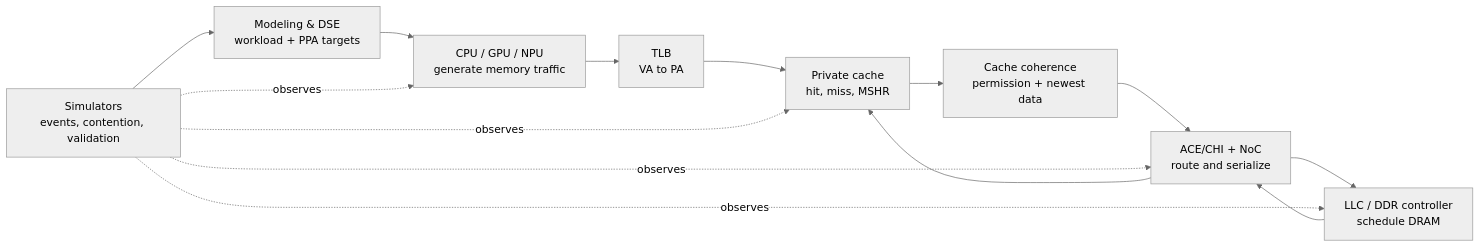
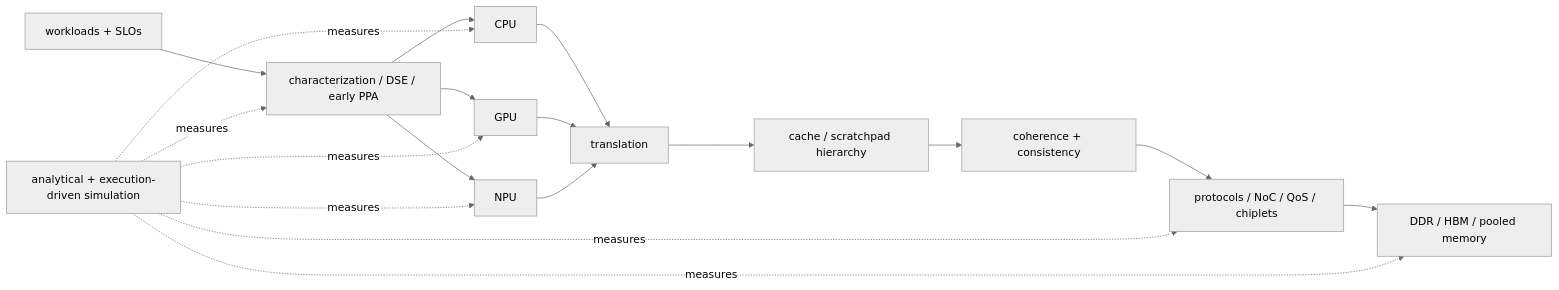
Before and after one commit to Wty2003328/silicon-design-notebook: the diagram in 01_Architecture_and_PPA/00_Index.md, drawn with Mermaid (neutral theme). The commit also changed other lines of this file and 123 other files, not shown here.

Commit message:
Reorganize and deepen the architecture book

````diff
--- a/01_Architecture_and_PPA/00_Index.md
+++ b/01_Architecture_and_PPA/00_Index.md
@@ -13,16 +7,20 @@
 ```mermaid
 flowchart LR
-    M["Modeling & DSE<br/>workload + PPA targets"] --> C["CPU / GPU / NPU<br/>generate memory traffic"]
-    C --> T["TLB<br/>VA to PA"]
-    T --> L["Private cache<br/>hit, miss, MSHR"]
-    L --> H["Cache coherence<br/>permission + newest data"]
-    H --> N["ACE/CHI + NoC<br/>route and serialize"]
-    N --> D["LLC / DDR controller<br/>schedule DRAM"]
-    D --> N
-    N --> L
-    S["Simulators<br/>events, contention, validation"] -. observes .-> C
-    S -. observes .-> L
-    S -. observes .-> N
-    S -. observes .-> D
-    S --> M
+    Work["workloads + SLOs"] --> Model["characterization / DSE / early PPA"]
+    Model --> CPU["CPU"]
+    Model --> GPU["GPU"]
+    Model --> NPU["NPU"]
+    CPU --> VM["translation"]
+    GPU --> VM
+    NPU --> VM
+    VM --> Cache["cache / scratchpad hierarchy"]
+    Cache --> Coh["coherence + consistency"]
+    Coh --> Fabric["protocols / NoC / QoS / chiplets"]
+    Fabric --> Main["DDR / HBM / pooled memory"]
+    Sim["analytical + execution-driven simulation"] -. measures .-> Model
+    Sim -. measures .-> CPU
+    Sim -. measures .-> GPU
+    Sim -. measures .-> NPU
+    Sim -. measures .-> Fabric
+    Sim -. measures .-> Main
 ```
````
